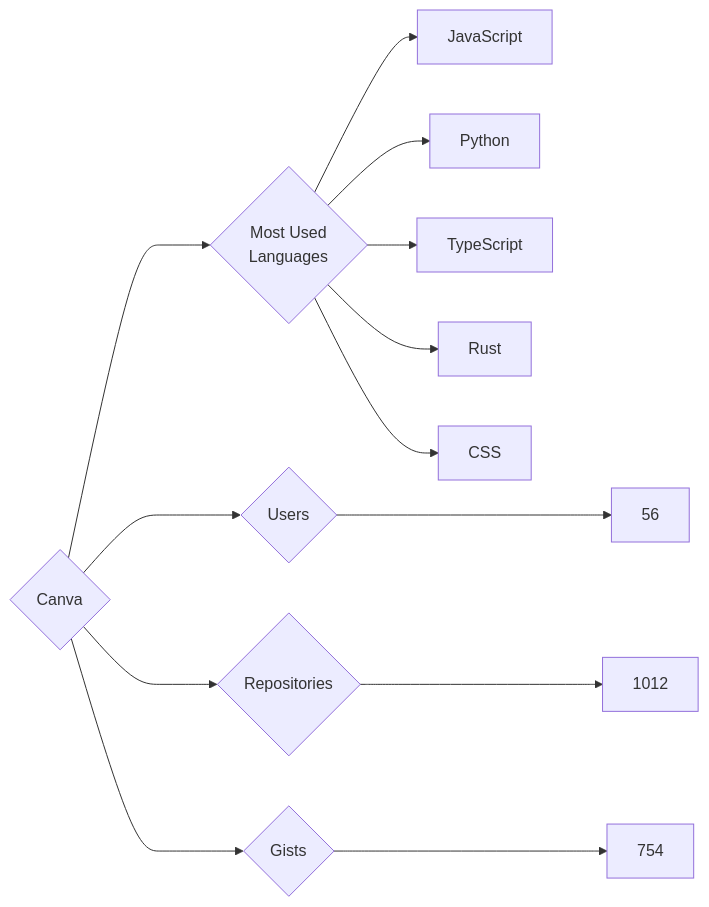
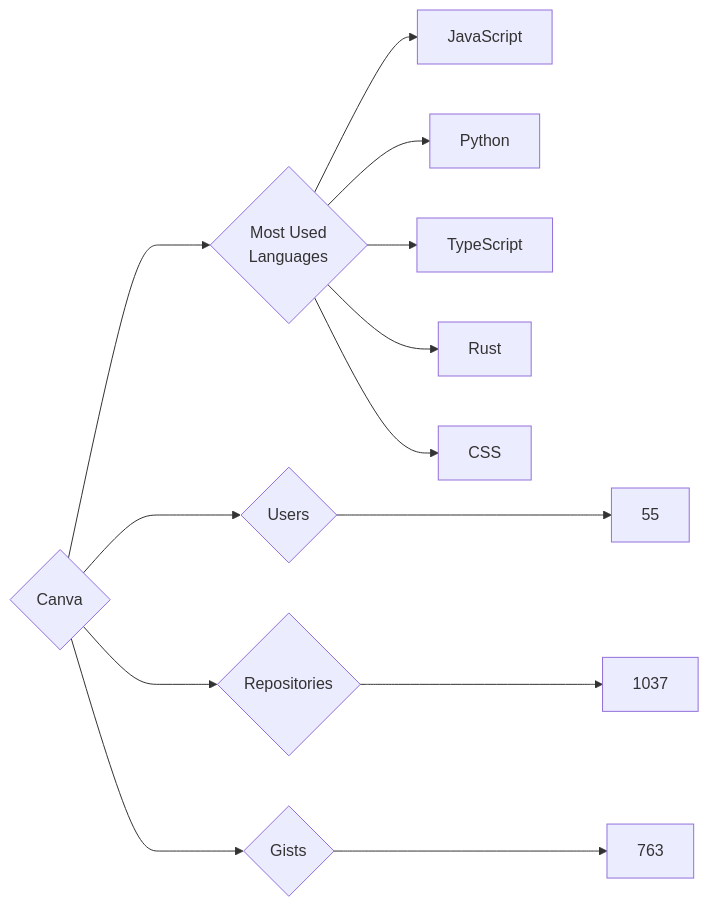
One commit to trickest/insiders changed the diagram in targets/Canva/README.md. Above: the diagram before and after it, drawn with Mermaid. The commit also changed 823 other files, not shown here.

````diff
--- a/targets/Canva/README.md
+++ b/targets/Canva/README.md
@@ -3,13 +3,13 @@
 ```mermaid
 graph LR
 COMPANY_NAME{Canva}
-COMPANY_NAME ---> U{Users} ---> UN[56]
-COMPANY_NAME ---> R{Repositories} ---> RN[1012]
-COMPANY_NAME ---> G{Gists} ---> GN[754]
+COMPANY_NAME ---> U{Users} ---> UN[55]
+COMPANY_NAME ---> R{Repositories} ---> RN[1037]
+COMPANY_NAME ---> G{Gists} ---> GN[763]
 COMPANY_NAME ---> ML{Most Used<br>Languages}
 ML --> JavaScript[JavaScript]
 ML --> Python[Python]
 ML --> TypeScript[TypeScript]
 ML --> Rust[Rust]
 ML --> CSS[CSS]
 ```
````
